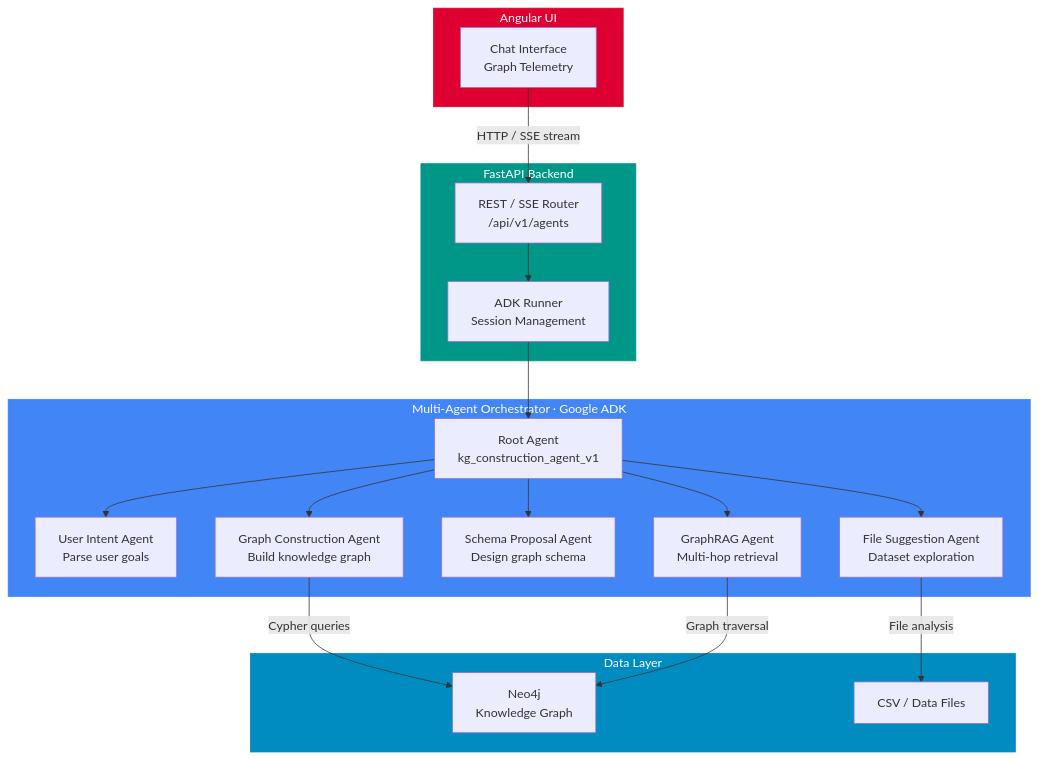
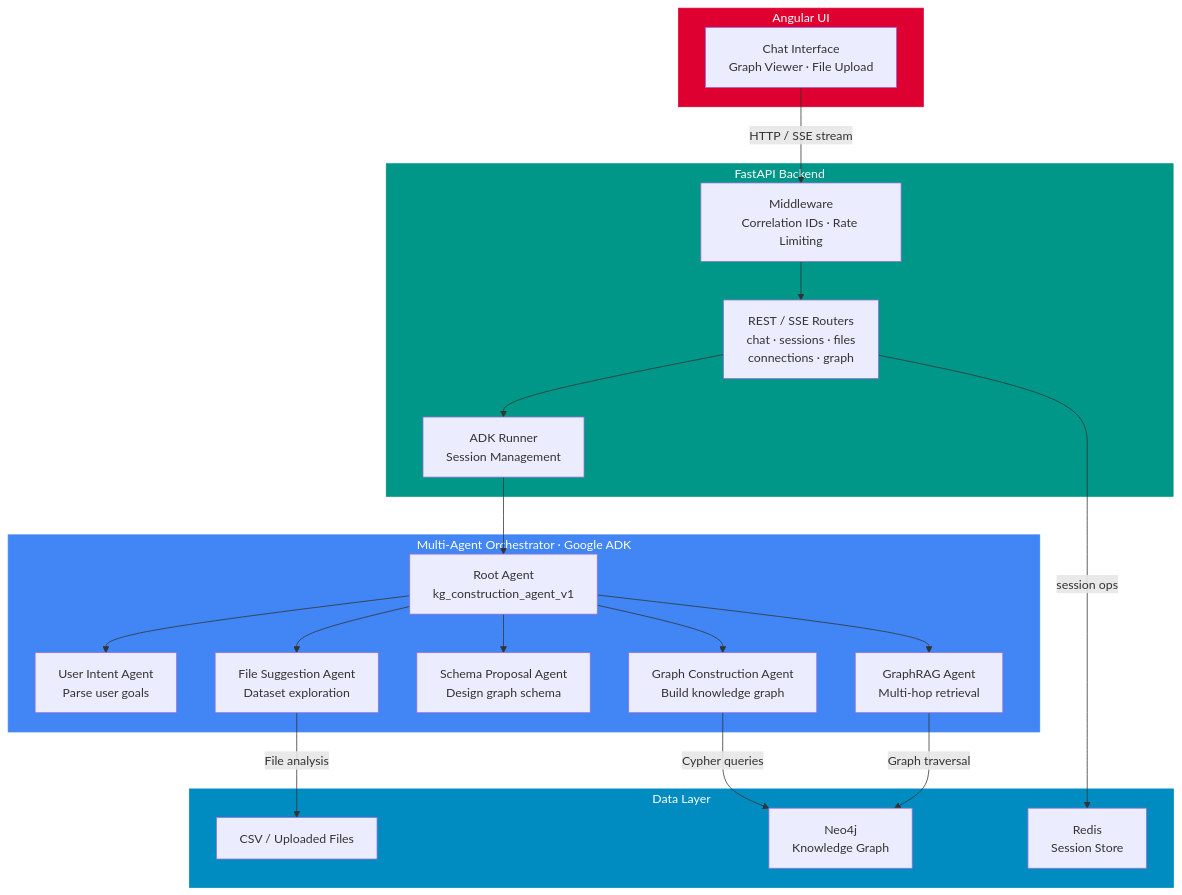
Before and after one commit to Rayen-Hamza/GraphForge: the first of 2 diagrams in README.md, drawn with Mermaid. The commit also changed other lines of this file, not shown here.

````diff
--- a/README.md
+++ b/README.md
@@ -182,38 +91,42 @@
 ```mermaid
 graph TB
     subgraph Client["Angular UI"]
-        UI["Chat Interface<br/>Graph Telemetry"]
+        UI["Chat Interface<br/>Graph Viewer · File Upload"]
     end
 
     subgraph API["FastAPI Backend"]
-        Router["REST / SSE Router<br/>/api/v1/agents"]
+        MW["Middleware<br/>Correlation IDs · Rate Limiting"]
+        Router["REST / SSE Routers<br/>chat · sessions · files<br/>connections · graph"]
         Runner["ADK Runner<br/>Session Management"]
     end
 
     subgraph Orchestrator["Multi-Agent Orchestrator · Google ADK"]
         Root["Root Agent<br/>kg_construction_agent_v1"]
 
         Root --> A1["User Intent Agent<br/>Parse user goals"]
         Root --> A2["File Suggestion Agent<br/>Dataset exploration"]
         Root --> A3["Schema Proposal Agent<br/>Design graph schema"]
         Root --> A4["Graph Construction Agent<br/>Build knowledge graph"]
         Root --> A5["GraphRAG Agent<br/>Multi-hop retrieval"]
     end
 
     subgraph Storage["Data Layer"]
         Neo["Neo4j<br/>Knowledge Graph"]
-        Files["CSV / Data Files"]
+        Redis["Redis<br/>Session Store"]
+        Files["CSV / Uploaded Files"]
     end
 
-    UI -- "HTTP / SSE stream" --> Router
+    UI -- "HTTP / SSE stream" --> MW
+    MW --> Router
     Router --> Runner
+    Router -- "session ops" --> Redis
     Runner --> Root
     A4 -- "Cypher queries" --> Neo
     A5 -- "Graph traversal" --> Neo
     A2 -- "File analysis" --> Files
 
     style Client fill:#dd0031,color:#fff,stroke:#dd0031
     style API fill:#009688,color:#fff,stroke:#009688
     style Orchestrator fill:#4285f4,color:#fff,stroke:#4285f4
     style Storage fill:#008cc1,color:#fff,stroke:#008cc1
 ```
````
